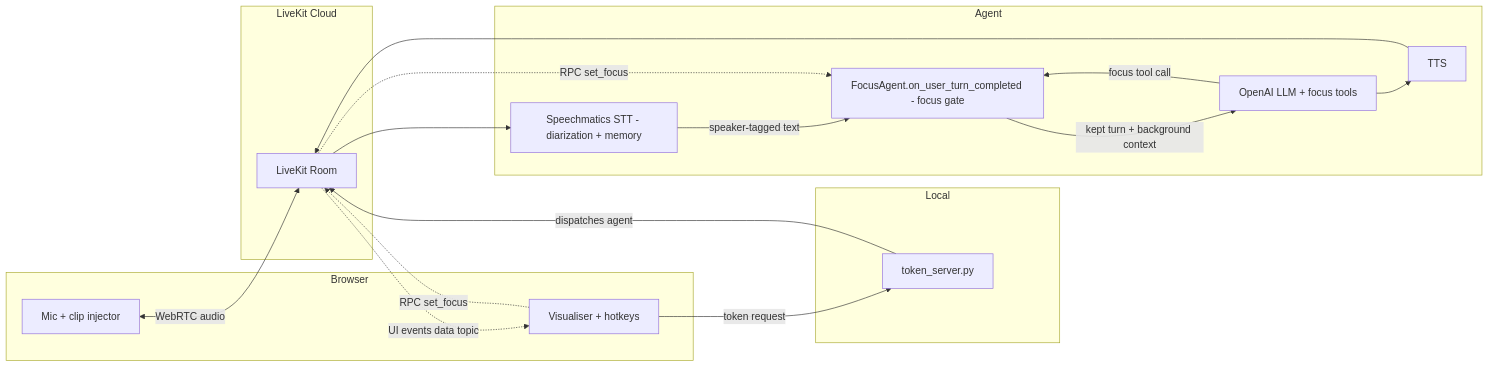
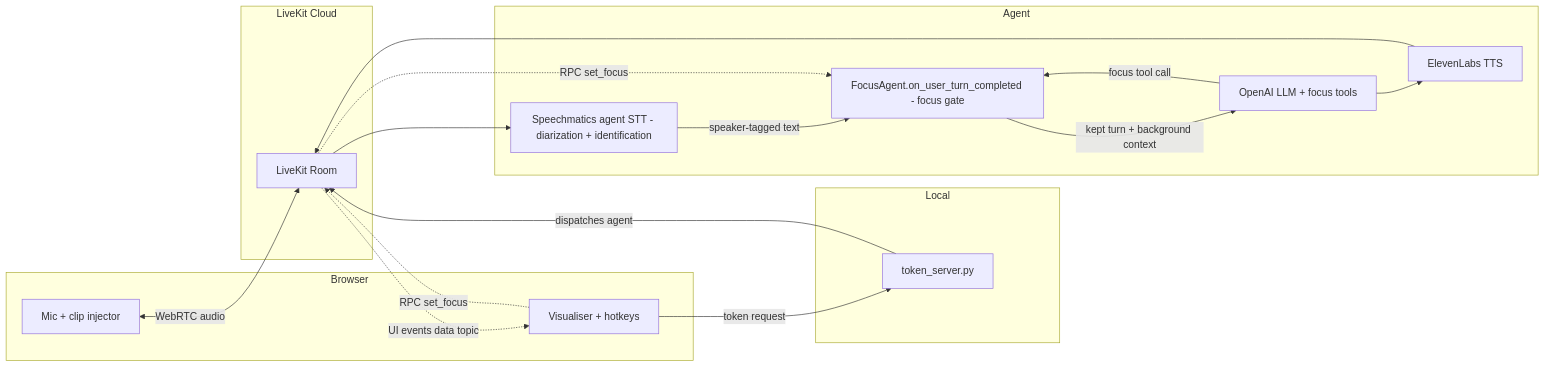
Before and after one commit to speechmatics/speechmatics-academy: the diagram in integrations/livekit/03-speaker-focus-voice-agent/README.md, drawn with Mermaid. The commit also changed other lines of this file and 39 other files, not shown here.

````diff
--- a/integrations/livekit/03-speaker-focus-voice-agent/README.md
+++ b/integrations/livekit/03-speaker-focus-voice-agent/README.md
@@ -128,35 +130,35 @@
 ```mermaid
 flowchart LR
     subgraph Browser
         MIC[Mic + clip injector]
         UI[Visualiser + hotkeys]
     end
 
     subgraph Local
         TOKEN[token_server.py]
     end
 
     subgraph LiveKit Cloud
         ROOM[LiveKit Room]
     end
 
     subgraph Agent
-        STT["Speechmatics STT - diarization + memory"]
+        STT["Speechmatics agent STT - diarization + identification"]
         GATE["FocusAgent.on_user_turn_completed - focus gate"]
         LLM["OpenAI LLM + focus tools"]
-        TTS[TTS]
+        TTS[ElevenLabs TTS]
     end
 
     UI -->|token request| TOKEN
     TOKEN -->|dispatches agent| ROOM
     MIC <-->|WebRTC audio| ROOM
     ROOM --> STT
     STT -->|speaker-tagged text| GATE
     GATE -->|kept turn + background context| LLM
     LLM --> TTS
     TTS --> ROOM
     LLM -->|focus tool call| GATE
     UI -.->|RPC set_focus| ROOM
     ROOM -.->|RPC set_focus| GATE
     ROOM -.->|UI events data topic| UI
 ```
````
